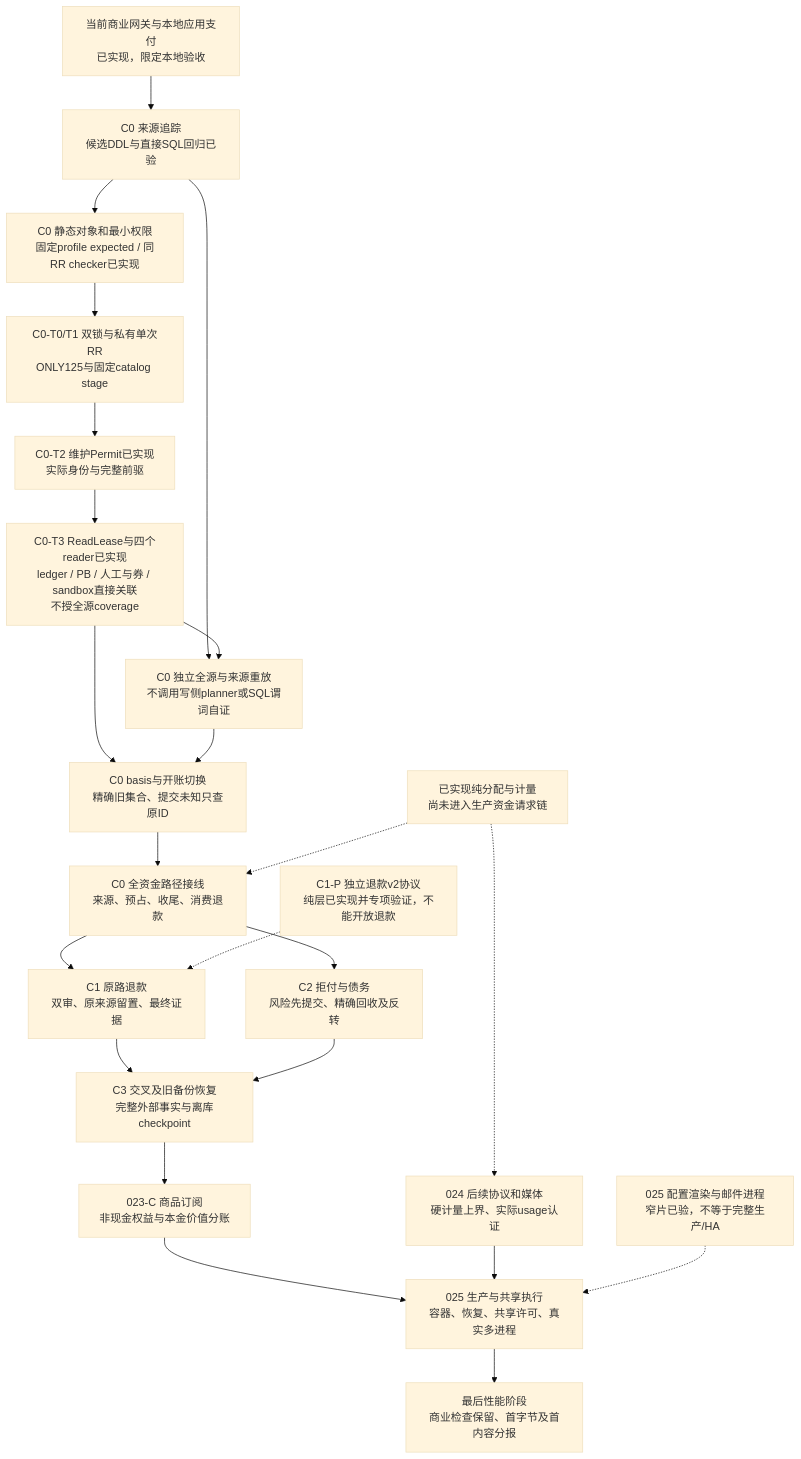
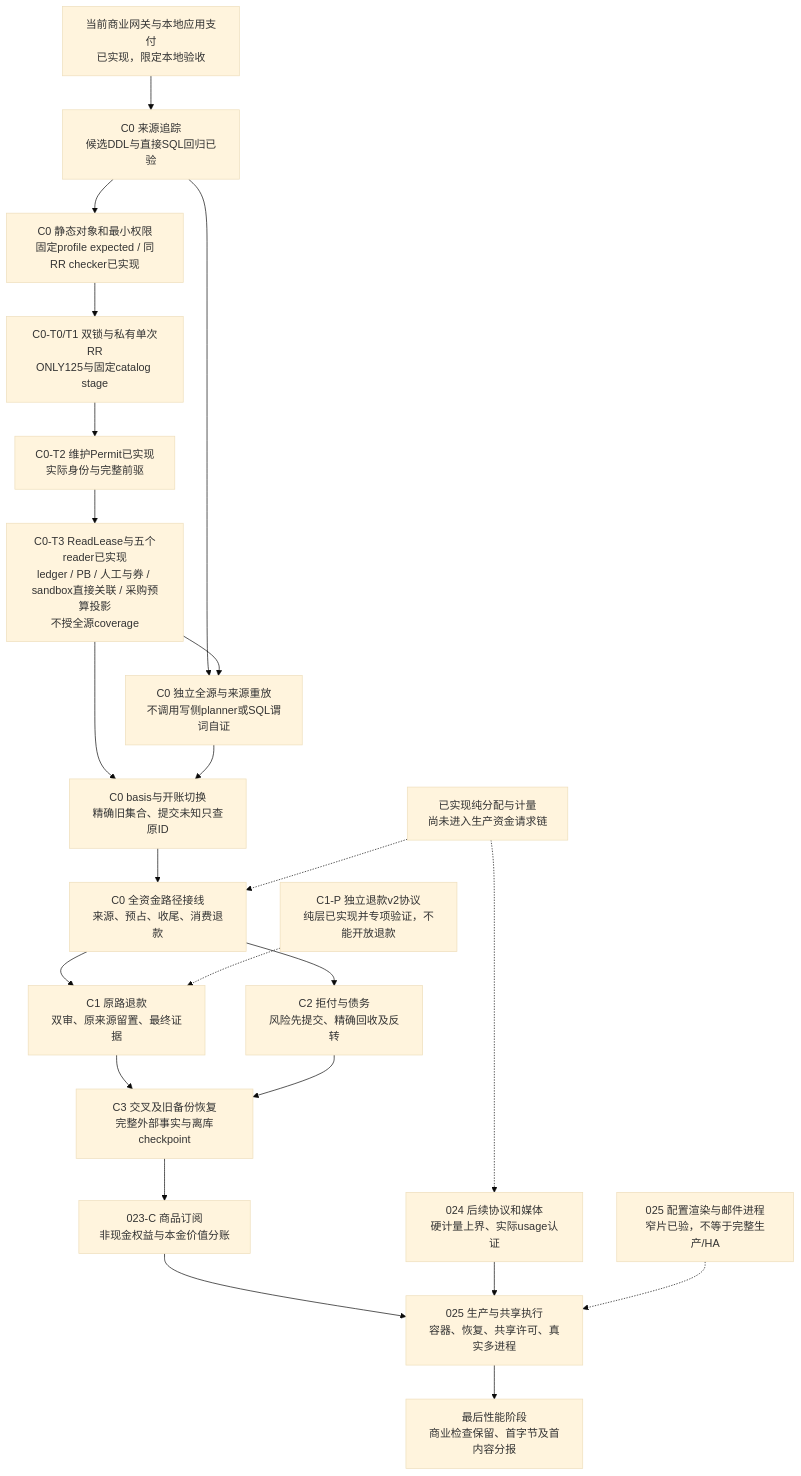
Diagram 16 of 16 in docs/architecture/README.md (workhold/moni-aigate), drawn with Mermaid (base theme) before and after one commit. The commit also changed other lines of this file and 18 other files, not shown here.

````diff
--- a/docs/architecture/README.md
+++ b/docs/architecture/README.md
@@ -853,37 +860,37 @@
 ```mermaid
 flowchart TB
     Base[当前商业网关与本地应用支付\n已实现，限定本地验收]
     Source[C0 来源追踪\n候选DDL与直接SQL回归已验]
     Catalog[C0 静态对象和最小权限\n固定profile expected / 同RR checker已实现]
     Gate[C0-T0/T1 双锁与私有单次RR\nONLY125与固定catalog stage]
     Permit[C0-T2 维护Permit已实现\n实际身份与完整前驱]
-    Lease[C0-T3 ReadLease与四个reader已实现\nledger / PB / 人工与券 / sandbox直接关联\n不授全源coverage]
+    Lease[C0-T3 ReadLease与五个reader已实现\nledger / PB / 人工与券 / sandbox直接关联 / 采购预算投影\n不授全源coverage]
     Replay[C0 独立全源与来源重放\n不调用写侧planner或SQL谓词自证]
     Init[C0 basis与开账切换\n精确旧集合、提交未知只查原ID]
     Online[C0 全资金路径接线\n来源、预占、收尾、消费退款]
     Refund[C1 原路退款\n双审、原来源留置、最终证据]
     Dispute[C2 拒付与债务\n风险先提交、精确回收及反转]
     Recovery[C3 交叉及旧备份恢复\n完整外部事实与离库checkpoint]
     Products[023-C 商品订阅\n非现金权益与本金价值分账]
     Media[024 后续协议和媒体\n硬计量上界、实际usage认证]
     HA[025 生产与共享执行\n容器、恢复、共享许可、真实多进程]
     Perf[最后性能阶段\n商业检查保留、首字节及首内容分报]
     Pure[已实现纯分配与计量\n尚未进入生产资金请求链]
     Wire[C1-P 独立退款v2协议\n纯层已实现并专项验证，不能开放退款]
     Mail[025 配置渲染与邮件进程\n窄片已验，不等于完整生产/HA]
     Base --> Source
     Source --> Catalog --> Gate --> Permit --> Lease
     Source --> Replay
     Lease --> Replay
     Lease --> Init
     Replay --> Init --> Online
     Online --> Refund --> Recovery
     Online --> Dispute --> Recovery
     Recovery --> Products
     Products --> HA
     Media --> HA --> Perf
     Pure -.-> Online
     Pure -.-> Media
     Wire -.-> Refund
     Mail -.-> HA
 ```
````
